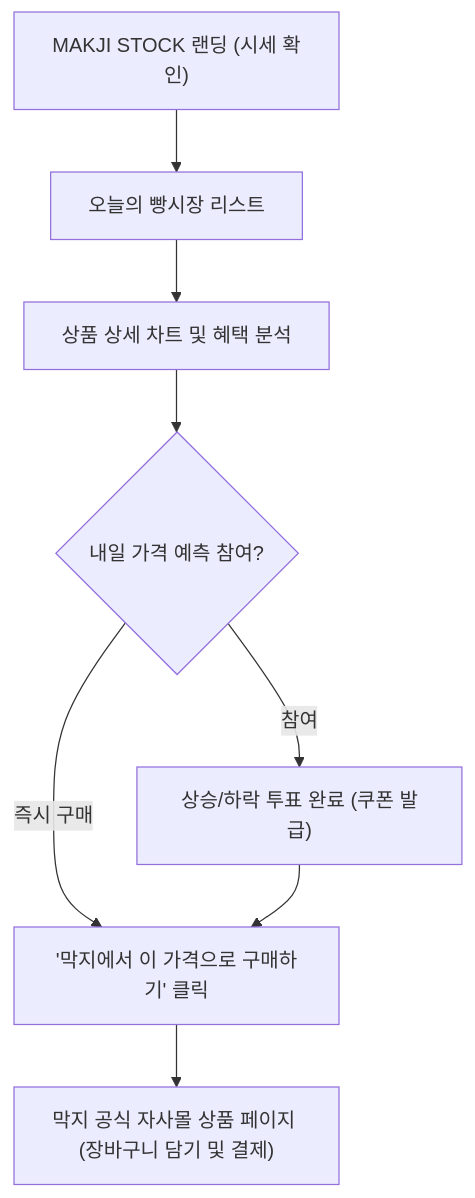
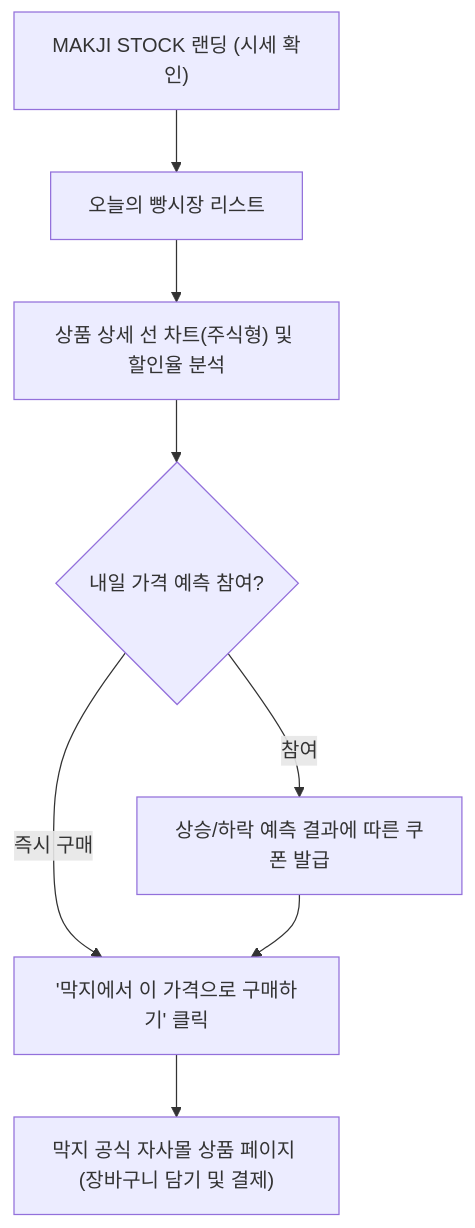
One commit to jennie-brain/makji-personal changed the diagram in docs/03_product_spec/PRD.md. Above: the diagram before and after it, drawn with Mermaid. The commit also changed other lines of this file and 14 other files, not shown here.

````diff
--- a/docs/03_product_spec/PRD.md
+++ b/docs/03_product_spec/PRD.md
@@ -36,10 +24,10 @@
 ```mermaid
 flowchart TD
     A["MAKJI STOCK 랜딩 (시세 확인)"] --> B["오늘의 빵시장 리스트"]
-    B --> C["상품 상세 차트 및 혜택 분석"]
+    B --> C["상품 상세 선 차트(주식형) 및 할인율 분석"]
     C --> D{"내일 가격 예측 참여?"}
-    D -- 참여 --> E["상승/하락 투표 완료 (쿠폰 발급)"]
+    D -- 참여 --> E["상승/하락 예측 결과에 따른 쿠폰 발급"]
     D -- 즉시 구매 --> F["'막지에서 이 가격으로 구매하기' 클릭"]
     E --> F
     F --> G["막지 공식 자사몰 상품 페이지 (장바구니 담기 및 결제)"]
 ```
````
